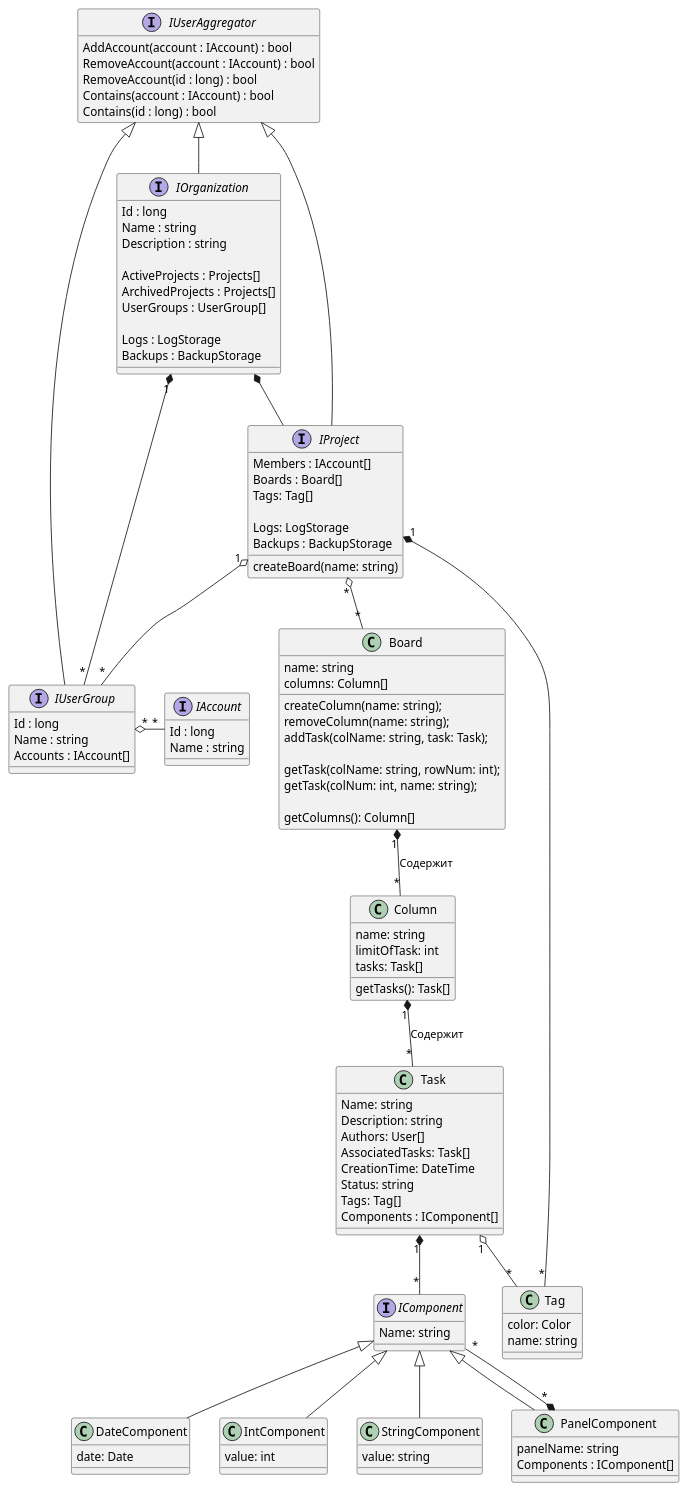
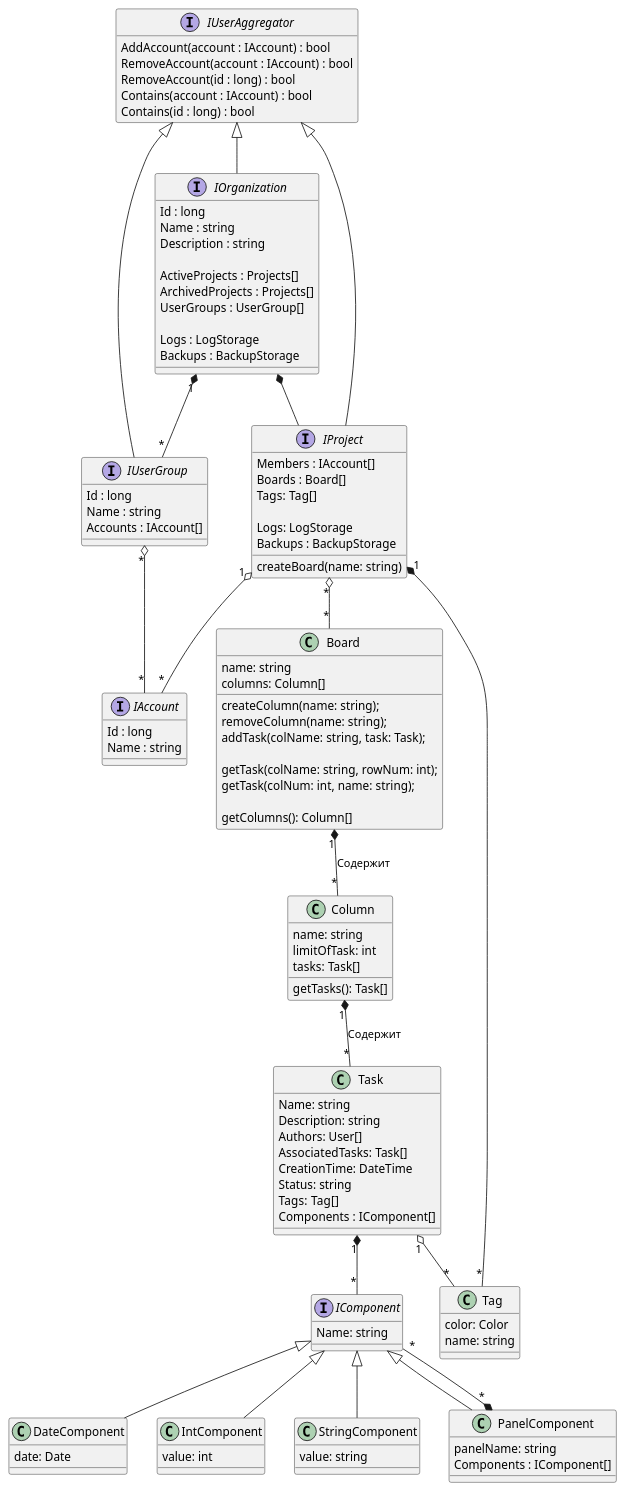
One commit to HandsAndKeyboards/TFlic changed the diagram in doc/diagrams/class/organization full class.puml. Above: the diagram before and after it, drawn with PlantUML.

Commit message:
проект теперь хранит не список групп пользователей, а списк аккаунтов

````diff
--- a/doc/diagrams/class/organization full class.puml
+++ b/doc/diagrams/class/organization full class.puml
@@ -1,161 +1,161 @@
 @startumlProject
 
 interface IUserAggregator {
     AddAccount(account : IAccount) : bool
     RemoveAccount(account : IAccount) : bool
     RemoveAccount(id : long) : bool
     Contains(account : IAccount) : bool
     Contains(id : long) : bool
 }
 hide IUserAggregator fields
 
 '''''''''''''''''''''''''''''''''''''''''''''''''''''''''''''''''''''''' ACCOUNTS
 
 interface IUserGroup {
     Id : long
     Name : string
     Accounts : IAccount[]
 }
 IUserAggregator <|-- IUserGroup
 IOrganization "1" *-- "*" IUserGroup
-IProject "1" o-- "*" IUserGroup
 
 interface IAccount {
     Id : long    
     Name : string
 }
 IUserGroup "*" o- "*" IAccount
+IProject "1" o-- "*" IAccount
 
 '''''''''''''''''''''''''''''''''''''''''''''''''''''''''''''''''''''''' ORGANIZATION
 
 interface IOrganization {
     Id : long
     Name : string
     Description : string
     
     ActiveProjects : Projects[]
     ArchivedProjects : Projects[]
     UserGroups : UserGroup[]
      
     Logs : LogStorage
     Backups : BackupStorage
 }
 IUserAggregator <|-- IOrganization
 
 '''''''''''''''''''''''''''''''''''''''''''''''''''''''''''''''''''''''' PROJECT
 
 interface IProject 
 {
     Members : IAccount[]
     Boards : Board[]
     Tags: Tag[]
 
     Logs: LogStorage
     Backups : BackupStorage
 
     createBoard(name: string)
 }
 IUserAggregator <|-- IProject
 IOrganization *-- IProject
 
 'class Project
 '{
 '
 '}
 'IProject <|-- Project
 
 '''''''''''''''''''''''''''''''''''''''''''''''''''''''''''''''''''''''' BOARD
 
 class Board
 {
     name: string
     columns: Column[]
 
     createColumn(name: string);
     removeColumn(name: string);
     addTask(colName: string, task: Task);
 
     ''''''''''''''' ????
     getTask(colName: string, rowNum: int); 
     getTask(colNum: int, name: string);
     '''''''''''''''
 
     getColumns(): Column[]
 }
 IProject "*" o-- "*" Board
 
 '''''''''''''''''''''''''''''
 
 class Column
 {
     name: string
     limitOfTask: int
     tasks: Task[]
 
     getTasks(): Task[]
 }
 
 '''''''''''''''''''''''''''''
 
 class Task
 {
     Name: string
     Description: string
     Authors: User[]
     AssociatedTasks: Task[]
     CreationTime: DateTime
     Status: string
     Tags: Tag[]
     Components : IComponent[]
 }
 
 Task "1" *-- "*" IComponent
 
 '''''''''''''''''''''''''''''
 
 interface IComponent
 {
     Name: string
 }
 
 class DateComponent
 {
     date: Date
 }
 
 class IntComponent
 {
     value: int
 }
 
 class StringComponent
 {
     value: string
 }
 
 class PanelComponent
 {
     panelName: string
     Components : IComponent[]
 }
 
 IComponent <|-- DateComponent
 IComponent <|-- IntComponent
 IComponent <|-- StringComponent
 IComponent <|-- PanelComponent
 PanelComponent "*" *-- "*" IComponent
 
 '''''''''''''''''''''''''''''```
 
 class Tag
 {
     color: Color
     name: string
 }
 IProject "1" *-- "*" Tag
 
 Board "1" *-- "*" Column : Содержит
 Column "1" *-- "*" Task : Содержит
 Task "1" o-- "*" Tag
 
 @enduml
````
